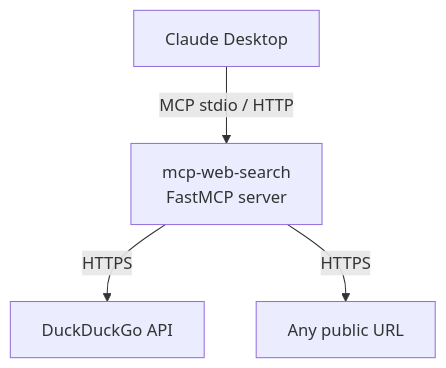
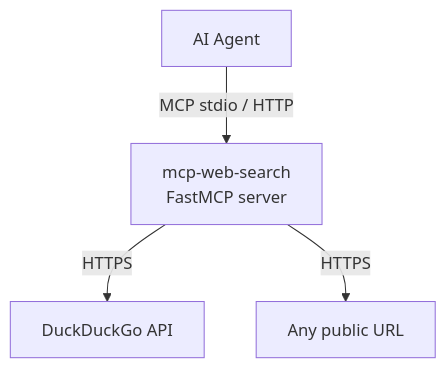
One commit to nacho4d/mcp-web-search changed the diagram in README.md. Above: the diagram before and after it, drawn with Mermaid. The commit also changed other lines of this file, not shown here.

````diff
--- a/README.md
+++ b/README.md
@@ -31,6 +36,6 @@
 ```mermaid
 graph TD
-    Claude[Claude Desktop] -->|MCP stdio / HTTP| Server[mcp-web-search<br/>FastMCP server]
+    AIAgent[AI Agent] -->|MCP stdio / HTTP| Server[mcp-web-search<br/>FastMCP server]
     Server -->|HTTPS| DDG[DuckDuckGo API]
     Server -->|HTTPS| Web[Any public URL]
 ```
````
